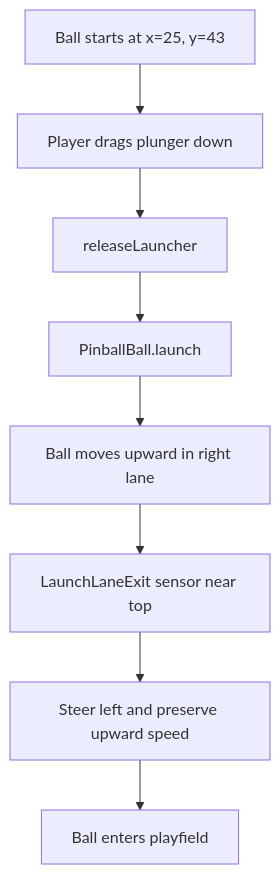
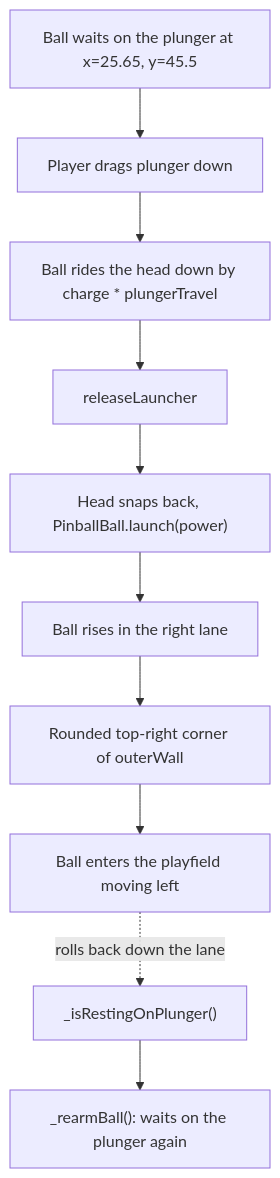
The fifth of 8 diagrams in README.ko.md (cassiadev/mon_pinball), drawn with Mermaid before and after one commit. The commit also changed other lines of this file and 37 other files, not shown here.

````diff
--- a/README.ko.md
+++ b/README.ko.md
@@ -387,10 +541,12 @@
 ```mermaid
 graph TD
-  A[Ball starts at x=25, y=43] --> B[Player drags plunger down]
-  B --> C[releaseLauncher]
-  C --> D[PinballBall.launch]
-  D --> E[Ball moves upward in right lane]
-  E --> F[LaunchLaneExit sensor near top]
-  F --> G[Steer left and preserve upward speed]
-  G --> H[Ball enters playfield]
+  A["Ball waits on the plunger at x=25.65, y=45.5"] --> B[Player drags plunger down]
+  B --> C["Ball rides the head down by charge * plungerTravel"]
+  C --> D[releaseLauncher]
+  D --> E["Head snaps back, PinballBall.launch(power)"]
+  E --> F[Ball rises in the right lane]
+  F --> G[Rounded top-right corner of outerWall]
+  G --> H[Ball enters the playfield moving left]
+  H -. rolls back down the lane .-> I["_isRestingOnPlunger()"]
+  I --> J["_rearmBall(): waits on the plunger again"]
 ```
````
